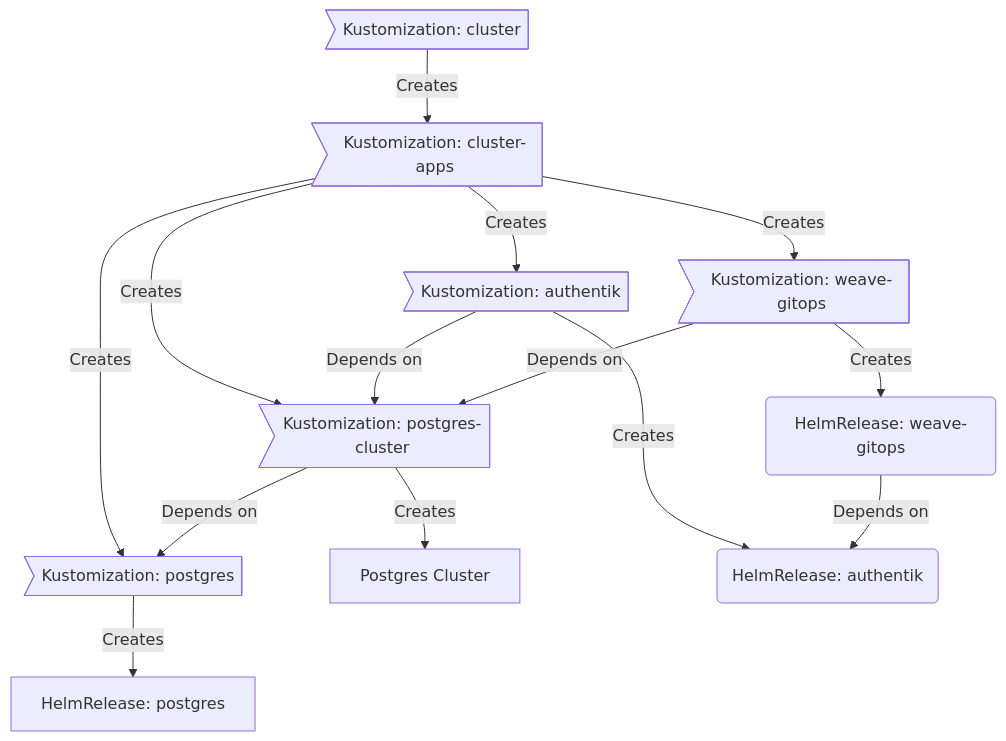
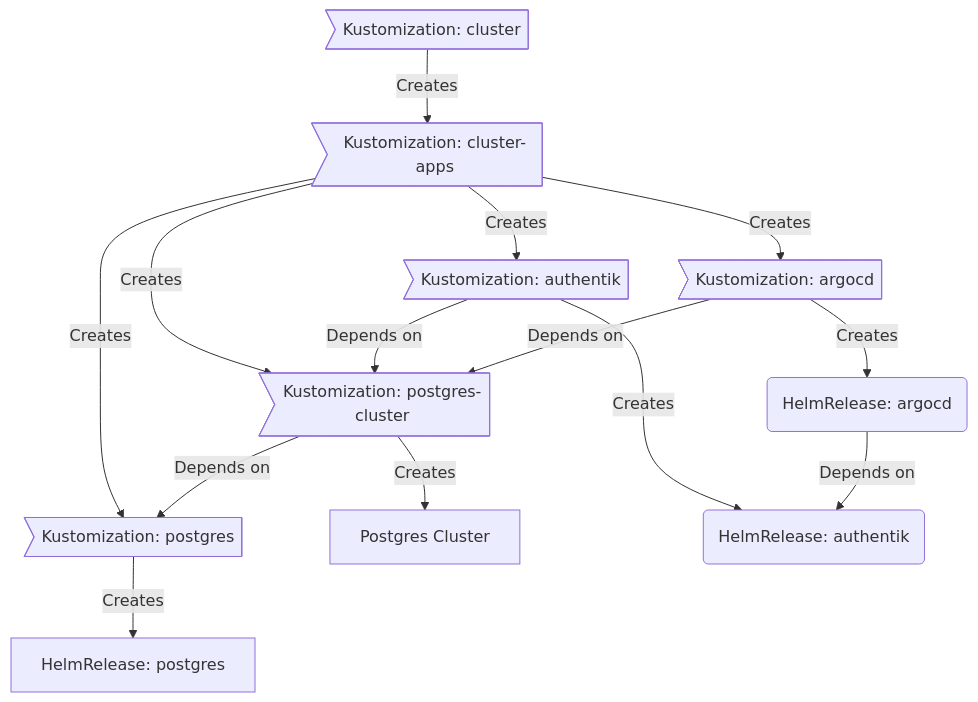
Before and after one commit to ekenheim/home-ops-upgrade: the diagram in README.md, drawn with Mermaid. The commit also changed other lines of this file, not shown here.

Commit message:
Update README.md to enhance clarity and detail about the Kubernetes cluster setup and GitOps practices. Revised sections on the cluster overview, installation, core components, and Flux workflow for better readability and accuracy.

````diff
--- a/README.md
+++ b/README.md
@@ -100,16 +102,16 @@
 ```mermaid
 graph TD;
   id1>Kustomization: cluster] -->|Creates| id2>Kustomization: cluster-apps];
   id2>Kustomization: cluster-apps] -->|Creates| id3>Kustomization: postgres];
   id2>Kustomization: cluster-apps] -->|Creates| id6>Kustomization: authentik]
-  id2>Kustomization: cluster-apps] -->|Creates| id8>Kustomization: weave-gitops]
+  id2>Kustomization: cluster-apps] -->|Creates| id8>Kustomization: argocd]
   id2>Kustomization: cluster-apps] -->|Creates| id5>Kustomization: postgres-cluster]
   id3>Kustomization: postgres] -->|Creates| id4[HelmRelease: postgres];
   id5>Kustomization: postgres-cluster] -->|Depends on| id3>Kustomization: postgres];
   id5>Kustomization: postgres-cluster] -->|Creates| id10[Postgres Cluster];
   id6>Kustomization: authentik] -->|Creates| id7(HelmRelease: authentik);
   id6>Kustomization: authentik] -->|Depends on| id5>Kustomization: postgres-cluster];
-  id8>Kustomization: weave-gitops] -->|Creates| id9(HelmRelease: weave-gitops);
-  id8>Kustomization: weave-gitops] -->|Depends on| id5>Kustomization: postgres-cluster];
-  id9(HelmRelease: weave-gitops) -->|Depends on| id7(HelmRelease: authentik);
+  id8>Kustomization: argocd] -->|Creates| id9(HelmRelease: argocd);
+  id8>Kustomization: argocd] -->|Depends on| id5>Kustomization: postgres-cluster];
+  id9(HelmRelease: argocd) -->|Depends on| id7(HelmRelease: authentik);
 ```
````
